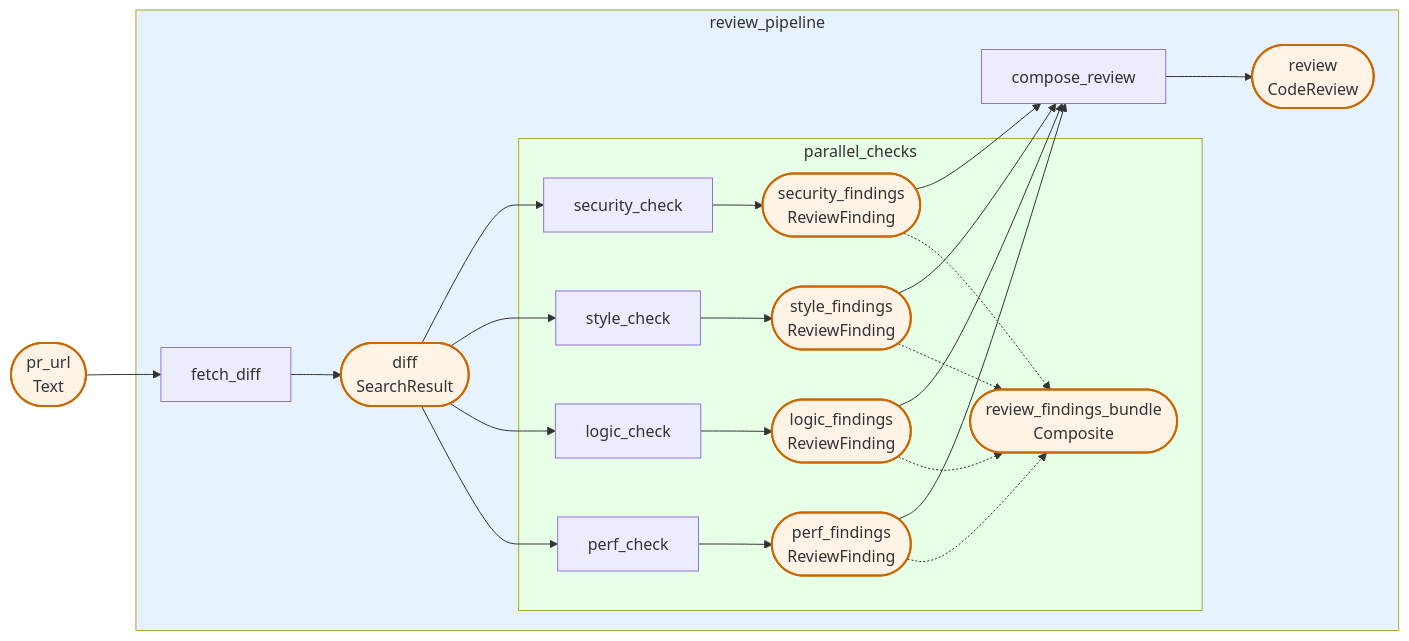
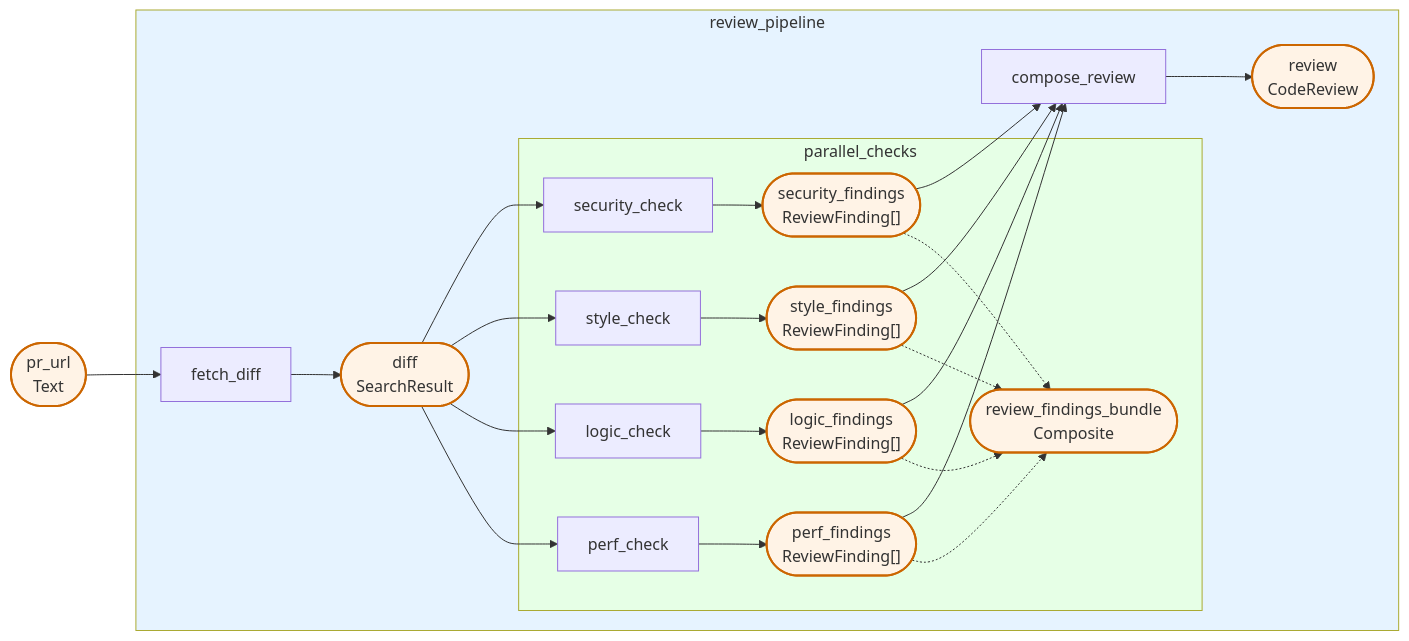
The diagram in data/pipelines/pipeline_18/dry_run_mermaidflow.mmd (Pipelex/mthds-ui), drawn with Mermaid before and after one commit. The commit also changed 189 other files, not shown here.

```diff
--- a/data/pipelines/pipeline_18/dry_run_mermaidflow.mmd
+++ b/data/pipelines/pipeline_18/dry_run_mermaidflow.mmd
@@ -1,55 +1,55 @@
 flowchart LR
 
     %% Pipe and stuff nodes within controller subgraphs
-    subgraph sg_n_a079f4cd92["review_pipeline"]
-        subgraph sg_n_4e84c23750["parallel_checks"]
-            n_7b8bf3fee7["logic_check"]
-            s_087af51753(["logic_findings<br/>ReviewFinding"]):::stuff
-            n_6060f36226["perf_check"]
-            s_7963e00142(["perf_findings<br/>ReviewFinding"]):::stuff
-            n_e992159ba8["security_check"]
-            s_187c6a06e6(["security_findings<br/>ReviewFinding"]):::stuff
-            n_6a5199b497["style_check"]
-            s_07b6ffcb8a(["style_findings<br/>ReviewFinding"]):::stuff
-            s_817a4f9a7d(["review_findings_bundle<br/>Composite"]):::stuff
+    subgraph sg_n_40408bb354["review_pipeline"]
+        subgraph sg_n_1df3596c55["parallel_checks"]
+            n_362273268c["logic_check"]
+            s_917907f3cc(["logic_findings<br/>ReviewFinding#91;#93;"]):::stuff
+            n_bbc31b6d86["perf_check"]
+            s_09ece201e2(["perf_findings<br/>ReviewFinding#91;#93;"]):::stuff
+            n_c47243a611["security_check"]
+            s_28333a6beb(["security_findings<br/>ReviewFinding#91;#93;"]):::stuff
+            n_2490507a27["style_check"]
+            s_bde3141efe(["style_findings<br/>ReviewFinding#91;#93;"]):::stuff
+            s_07e7fe989a(["review_findings_bundle<br/>Composite"]):::stuff
         end
-        n_724da17730["compose_review"]
-        s_ce68782cd6(["review<br/>CodeReview"]):::stuff
-        n_57520eb830["fetch_diff"]
-        s_17ca22f100(["diff<br/>SearchResult"]):::stuff
+        n_17f8241cb2["compose_review"]
+        s_f0f2b1c331(["review<br/>CodeReview"]):::stuff
+        n_1ac6f4b83b["fetch_diff"]
+        s_23ad8b8e88(["diff<br/>SearchResult"]):::stuff
     end
 
     %% Pipeline input stuff nodes (no producer)
-    s_c18759949a(["pr_url<br/>Text"]):::stuff
+    s_25023ac66a(["pr_url<br/>Text"]):::stuff
 
     %% Data flow edges: producer -> stuff -> consumer
-    n_6a5199b497 --> s_07b6ffcb8a
-    n_e992159ba8 --> s_187c6a06e6
-    n_57520eb830 --> s_17ca22f100
-    n_6060f36226 --> s_7963e00142
-    n_7b8bf3fee7 --> s_087af51753
-    n_724da17730 --> s_ce68782cd6
-    s_c18759949a --> n_57520eb830
-    s_07b6ffcb8a --> n_724da17730
-    s_187c6a06e6 --> n_724da17730
-    s_17ca22f100 --> n_e992159ba8
-    s_17ca22f100 --> n_6a5199b497
-    s_17ca22f100 --> n_7b8bf3fee7
-    s_17ca22f100 --> n_6060f36226
-    s_7963e00142 --> n_724da17730
-    s_087af51753 --> n_724da17730
+    n_1ac6f4b83b --> s_23ad8b8e88
+    n_bbc31b6d86 --> s_09ece201e2
+    n_17f8241cb2 --> s_f0f2b1c331
+    n_362273268c --> s_917907f3cc
+    n_2490507a27 --> s_bde3141efe
+    n_c47243a611 --> s_28333a6beb
+    s_25023ac66a --> n_1ac6f4b83b
+    s_23ad8b8e88 --> n_c47243a611
+    s_23ad8b8e88 --> n_2490507a27
+    s_23ad8b8e88 --> n_362273268c
+    s_23ad8b8e88 --> n_bbc31b6d86
+    s_09ece201e2 --> n_17f8241cb2
+    s_917907f3cc --> n_17f8241cb2
+    s_bde3141efe --> n_17f8241cb2
+    s_28333a6beb --> n_17f8241cb2
 
     %% Parallel combine edges: branch outputs → combined output
-    s_187c6a06e6 -.-> s_817a4f9a7d
-    s_07b6ffcb8a -.-> s_817a4f9a7d
-    s_087af51753 -.-> s_817a4f9a7d
-    s_7963e00142 -.-> s_817a4f9a7d
+    s_28333a6beb -.-> s_07e7fe989a
+    s_bde3141efe -.-> s_07e7fe989a
+    s_917907f3cc -.-> s_07e7fe989a
+    s_09ece201e2 -.-> s_07e7fe989a
 
     %% Style definitions
     classDef failed fill:#ffcccc,stroke:#cc0000
     classDef stuff fill:#fff3e6,stroke:#cc6600,stroke-width:2px
     classDef controller fill:#e6f3ff,stroke:#0066cc
 
     %% Subgraph depth-based coloring
-    style sg_n_4e84c23750 fill:#e6ffe6
-    style sg_n_a079f4cd92 fill:#e6f3ff
+    style sg_n_1df3596c55 fill:#e6ffe6
+    style sg_n_40408bb354 fill:#e6f3ff
```
